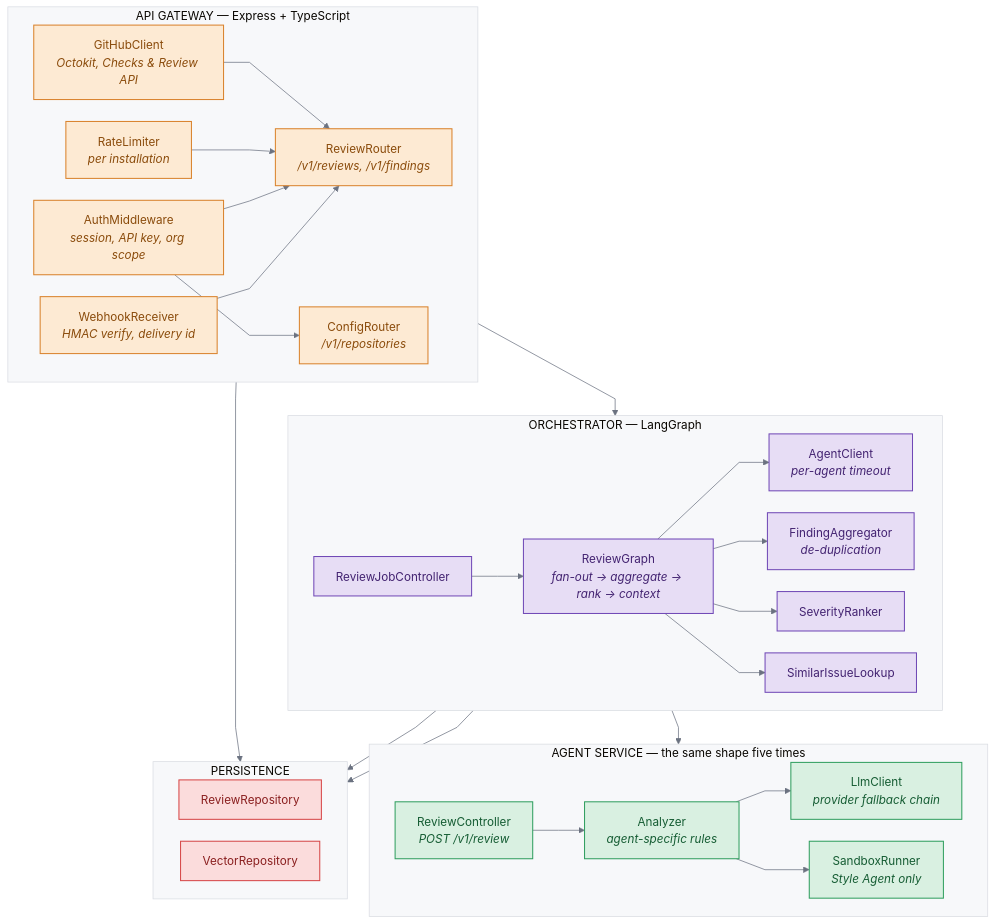
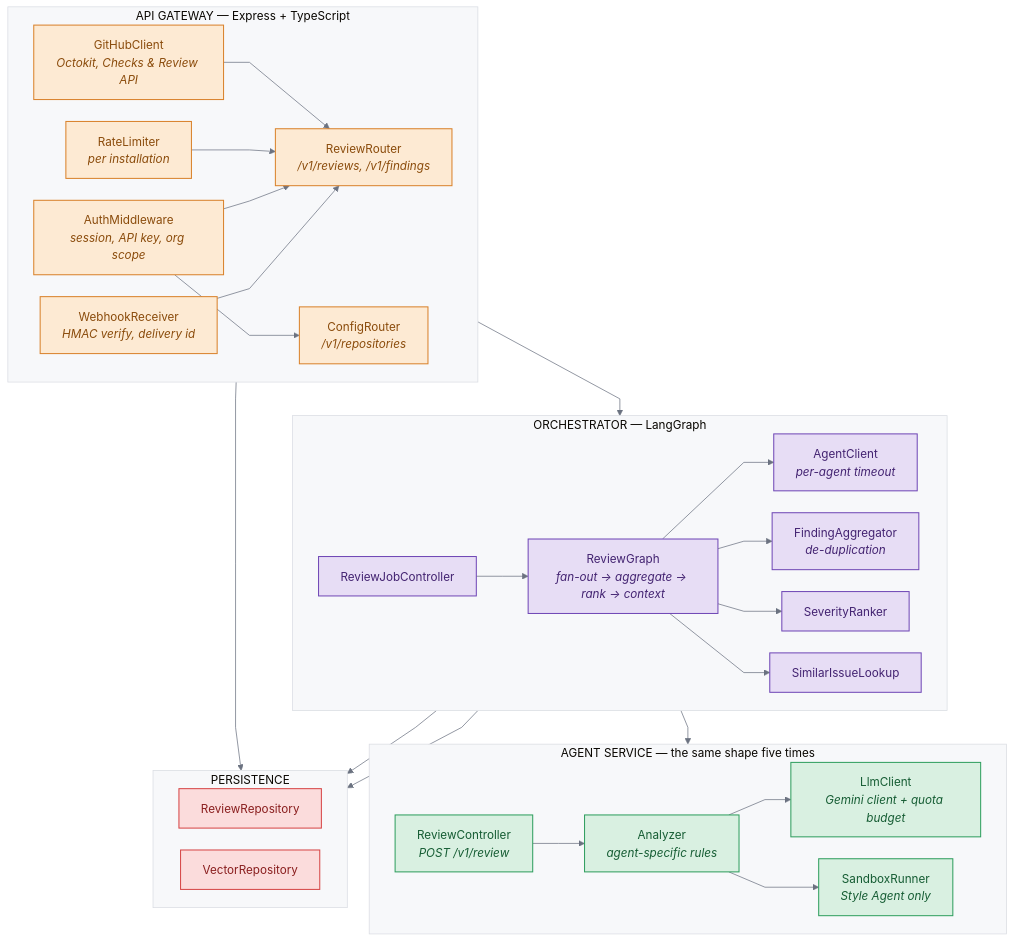
Before and after one commit to sumit-0804/Code-Sentinel: the diagram in docs/design/diagrams/mermaid/component.mmd, drawn with Mermaid. The commit also changed 8 other files, not shown here.

```diff
--- a/docs/design/diagrams/mermaid/component.mmd
+++ b/docs/design/diagrams/mermaid/component.mmd
@@ -1,72 +1,72 @@
 %%{init: {"theme":"base","themeVariables":{"lineColor":"#6b7280","primaryTextColor":"#1a1a1a"},"flowchart":{"curve":"linear","nodeSpacing":30,"rankSpacing":46}} }%%
 flowchart TB
 
     subgraph GWS["API GATEWAY — Express + TypeScript  "]
         direction LR
         WHR["WebhookReceiver<br/><i>HMAC verify, delivery id</i>"]
         AUTH["AuthMiddleware<br/><i>session, API key, org scope</i>"]
         RL["RateLimiter<br/><i>per installation</i>"]
         RT["ReviewRouter<br/><i>/v1/reviews, /v1/findings</i>"]
         CFG["ConfigRouter<br/><i>/v1/repositories</i>"]
         GHC["GitHubClient<br/><i>Octokit, Checks & Review API</i>"]
     end
 
     subgraph ORS["ORCHESTRATOR — LangGraph  "]
         direction LR
         JOB["ReviewJobController"]
         GRAPH["ReviewGraph<br/><i>fan-out → aggregate → rank → context</i>"]
         AC["AgentClient<br/><i>per-agent timeout</i>"]
         AGG["FindingAggregator<br/><i>de-duplication</i>"]
         RANK["SeverityRanker"]
         SIM["SimilarIssueLookup"]
     end
 
     subgraph AGS["AGENT SERVICE — the same shape five times  "]
         direction LR
         API["ReviewController<br/><i>POST /v1/review</i>"]
         ANA["Analyzer<br/><i>agent-specific rules</i>"]
-        LLMC["LlmClient<br/><i>provider fallback chain</i>"]
+        LLMC["LlmClient<br/><i>Gemini client + quota budget</i>"]
         SBX["SandboxRunner<br/><i>Style Agent only</i>"]
     end
 
     subgraph PERS["PERSISTENCE  "]
         direction LR
         REPO["ReviewRepository"]
         VEC["VectorRepository"]
     end
 
     WHR --> RT
     AUTH --> RT
     AUTH --> CFG
     RL --> RT
     RT --> JOB
     CFG --> REPO
     GHC --> RT
 
     JOB --> GRAPH
     GRAPH --> AC
     GRAPH --> AGG
     GRAPH --> RANK
     GRAPH --> SIM
     AC --> API
     SIM --> VEC
     GRAPH --> REPO
 
     API --> ANA
     ANA --> LLMC
     ANA --> SBX
 
     classDef gateway  fill:#fdead3,stroke:#d9822b,stroke-width:1.4px,color:#8a4b0b
     classDef orchestr fill:#e7ddf5,stroke:#7048b6,stroke-width:1.4px,color:#432371
     classDef agent    fill:#d9f0e1,stroke:#2f9e5e,stroke-width:1.4px,color:#155c33
     classDef data     fill:#fbdcdc,stroke:#d64545,stroke-width:1.4px,color:#8a1f1f
 
     class WHR,AUTH,RL,RT,CFG,GHC gateway
     class JOB,GRAPH,AC,AGG,RANK,SIM orchestr
     class API,ANA,LLMC,SBX agent
     class REPO,VEC data
 
     style GWS  fill:#f7f8fa,stroke:#d9dce2
     style ORS  fill:#f7f8fa,stroke:#d9dce2
     style AGS  fill:#f7f8fa,stroke:#d9dce2
     style PERS fill:#f7f8fa,stroke:#d9dce2
```
